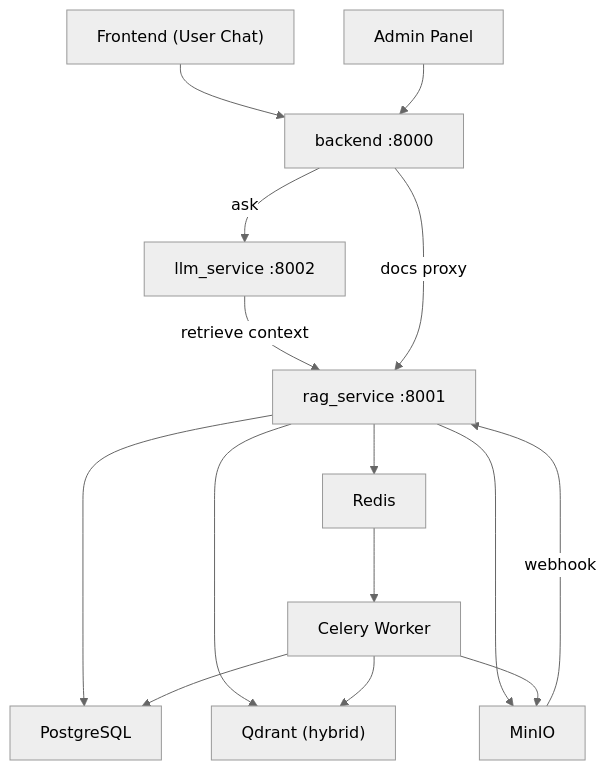
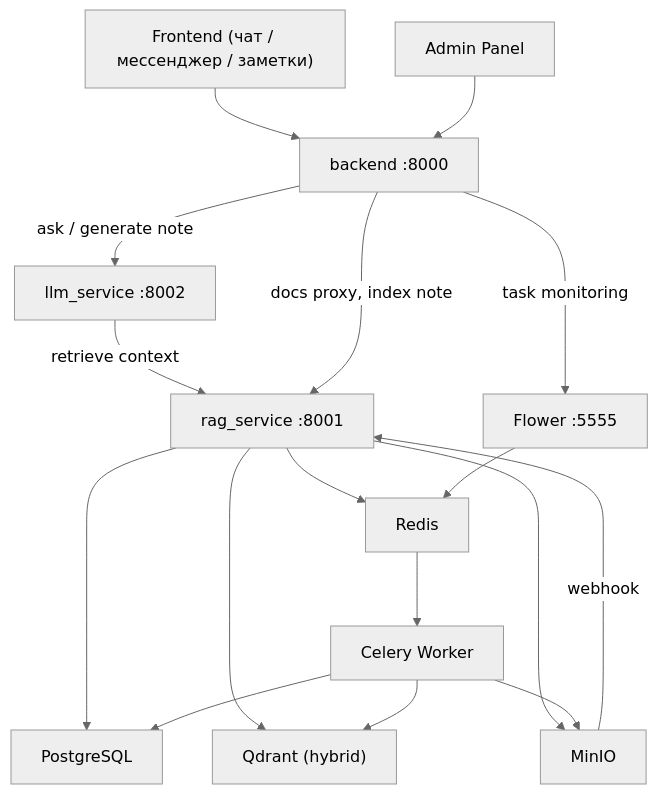
The first of 4 diagrams in README.md (VladislavKiseliov/RAG), drawn with Mermaid (neutral theme) before and after one commit. The commit also changed other lines of this file and 6 other files, not shown here.

````diff
--- a/README.md
+++ b/README.md
@@ -39,17 +85,19 @@
 ```mermaid
 graph TB
-    User["Frontend (User Chat)"] --> B["backend :8000"]
+    User["Frontend (чат / мессенджер / заметки)"] --> B["backend :8000"]
     Admin["Admin Panel"] --> B
-    B -->|"ask"| L["llm_service :8002"]
+    B -->|"ask / generate note"| L["llm_service :8002"]
     L -->|"retrieve context"| R["rag_service :8001"]
-    B -->|"docs proxy"| R
+    B -->|"docs proxy, index note"| R
+    B -->|"task monitoring"| F["Flower :5555"]
     R --> PG["PostgreSQL"]
     R --> Q["Qdrant (hybrid)"]
     R --> M["MinIO"]
     R --> RD["Redis"]
     RD --> W["Celery Worker"]
     W --> M
     W --> PG
     W --> Q
     M -->|"webhook"| R
+    F --> RD
 ```
````
